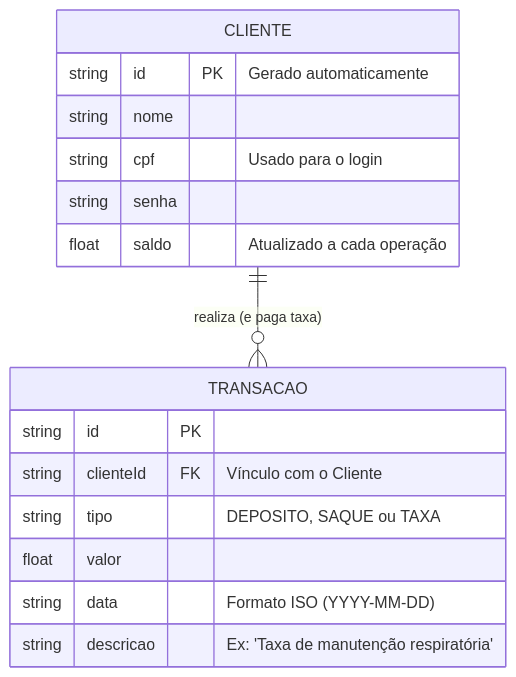
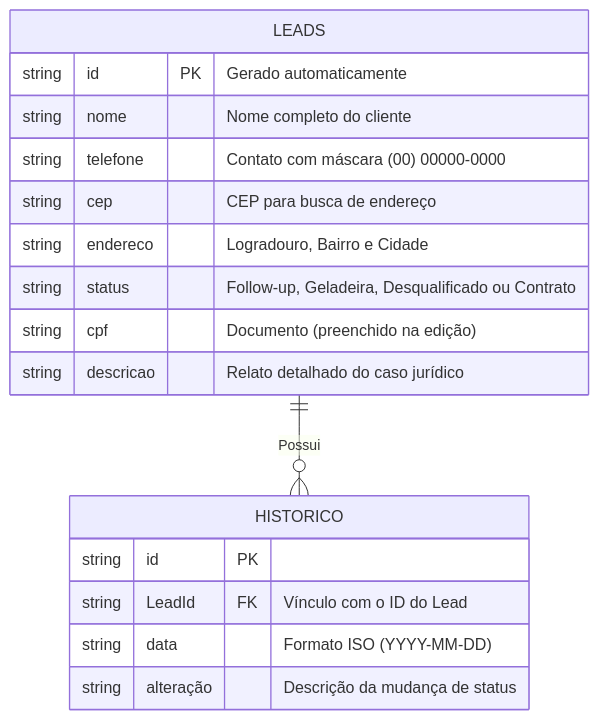
One commit to aalicemoreira/Lex-flow changed the diagram in docs/spec.md. Above: the diagram before and after it, drawn with Mermaid.

Commit message:
mensagem

````diff
--- a/docs/spec.md
+++ b/docs/spec.md
@@ -8,19 +8,20 @@
 ```mermaid
 erDiagram
-CLIENTE ||--o{ TRANSACAO : "realiza (e paga taxa)"
-CLIENTE {
+LEADS ||--o{ HISTORICO : "Possui"
+LEADS {
 string id PK "Gerado automaticamente"
-string nome
-string cpf "Usado para o login"
-string senha
-float saldo "Atualizado a cada operação"
+string nome "Nome completo do cliente"
+string telefone "Contato com máscara (00) 00000-0000"
+string cep "CEP para busca de endereço"
+string endereco "Logradouro, Bairro e Cidade"
+string status "Follow-up, Geladeira, Desqualificado ou Contrato"
+string cpf "Documento (preenchido na edição)"
+string descricao "Relato detalhado do caso jurídico"
 }
-TRANSACAO {
+HISTORICO {
 string id PK
-string clienteId FK "Vínculo com o Cliente"
-string tipo "DEPOSITO, SAQUE ou TAXA"
-float valor
+string LeadId FK "Vínculo com o ID do Lead"
 string data "Formato ISO (YYYY-MM-DD)"
-string descricao "Ex: 'Taxa de manutenção respiratória'"
+string alteração "Descrição da mudança de status"
 }
 ```
````
